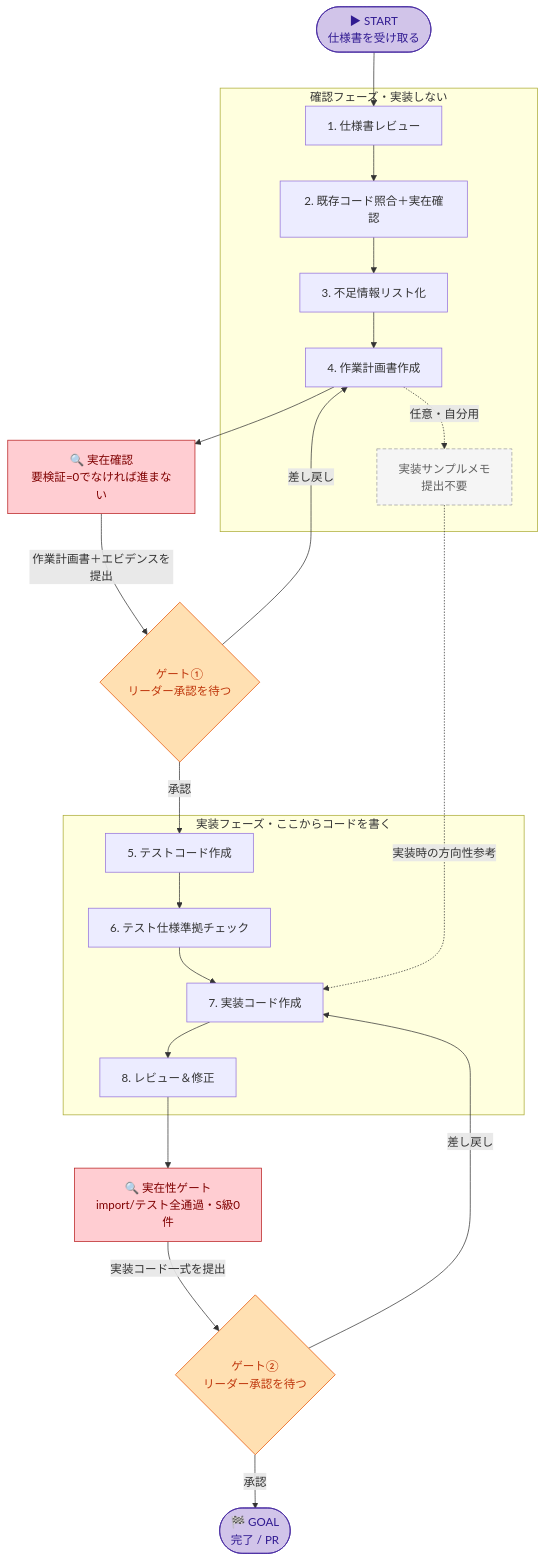
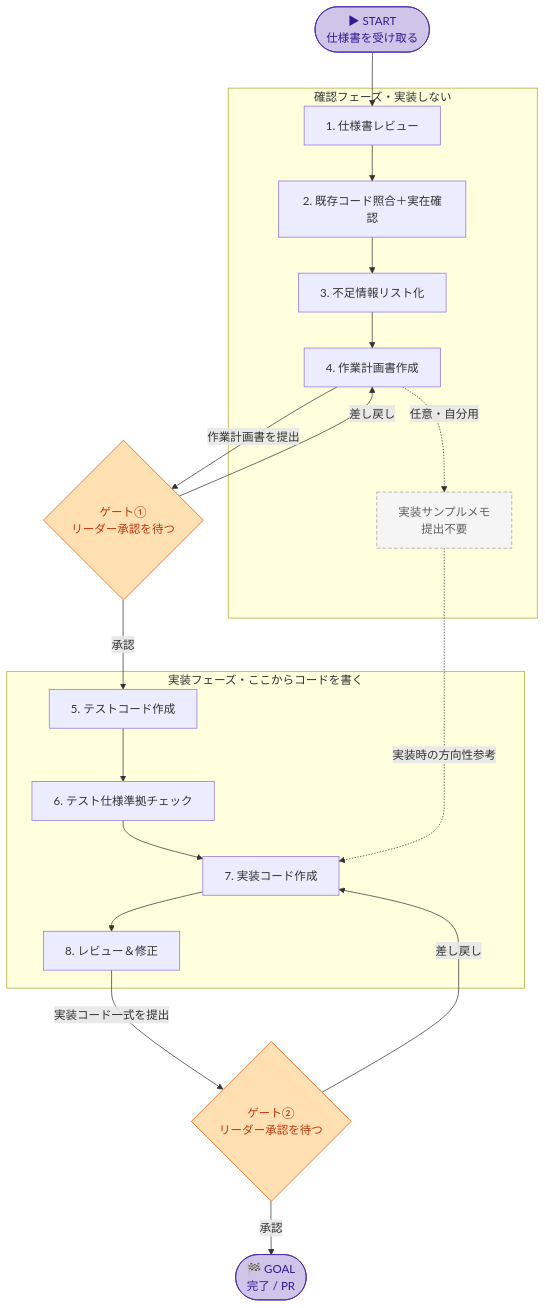
Before and after one commit to kurosawa-kuro/copilot-workflow: the second of 2 diagrams in docs/workflow-guide.md, drawn with Mermaid. The commit also changed other lines of this file and 2 other files, not shown here.

````diff
--- a/docs/workflow-guide.md
+++ b/docs/workflow-guide.md
@@ -41,35 +37,31 @@
 ```mermaid
 flowchart TD
     START([▶ START<br/>仕様書を受け取る]) --> A
 
     subgraph P1[確認フェーズ・実装しない]
         A[1. 仕様書レビュー] --> B[2. 既存コード照合＋実在確認] --> C[3. 不足情報リスト化] --> D[4. 作業計画書作成]
         D -. 任意・自分用 .-> SUP[実装サンプルメモ<br/>提出不要]
     end
 
-    D --> V1[🔍 実在確認<br/>要検証=0でなければ進まない]
-    V1 -- 作業計画書＋エビデンスを提出 --> G1{ゲート①<br/>リーダー承認を待つ}
+    D -- 作業計画書を提出 --> G1{ゲート①<br/>リーダー承認を待つ}
     G1 -- 差し戻し --> D
 
     G1 -- 承認 --> E
 
     subgraph P2[実装フェーズ・ここからコードを書く]
         E[5. テストコード作成] --> F[6. テスト仕様準拠チェック] --> H[7. 実装コード作成] --> I[8. レビュー＆修正]
     end
 
     SUP -. 実装時の方向性参考 .-> H
 
-    I --> V2[🔍 実在性ゲート<br/>import/テスト全通過・S級0件]
-    V2 -- 実装コード一式を提出 --> G2{ゲート②<br/>リーダー承認を待つ}
+    I -- 実装コード一式を提出 --> G2{ゲート②<br/>リーダー承認を待つ}
     G2 -- 差し戻し --> H
     G2 -- 承認 --> Z([🏁 GOAL<br/>完了 / PR])
 
     classDef startend fill:#d1c4e9,stroke:#4527a0,color:#311b92;
     classDef leader fill:#ffe0b2,stroke:#e65100,color:#bf360c;
     classDef aid fill:#f5f5f5,stroke:#9e9e9e,color:#616161,stroke-dasharray:5 3;
-    classDef ground fill:#ffcdd2,stroke:#b71c1c,color:#7f0000;
     class START,Z startend;
     class G1,G2 leader;
     class SUP aid;
-    class V1,V2 ground;
 ```
````
